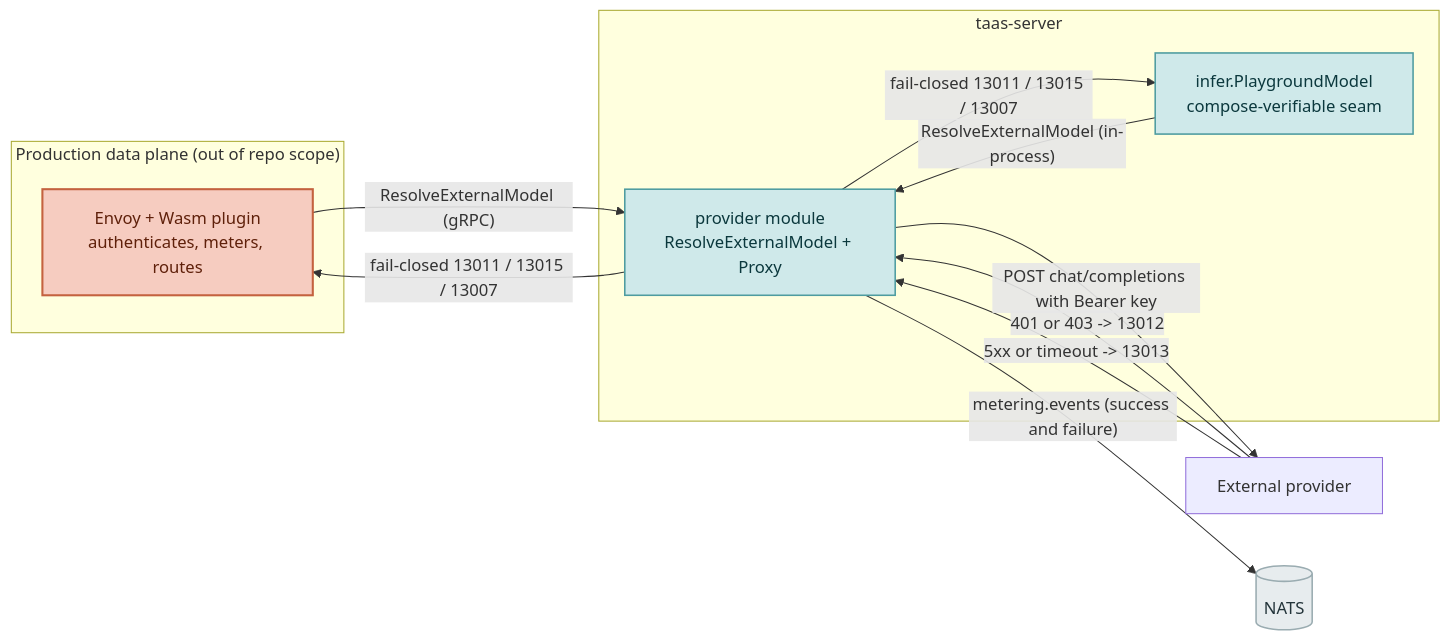
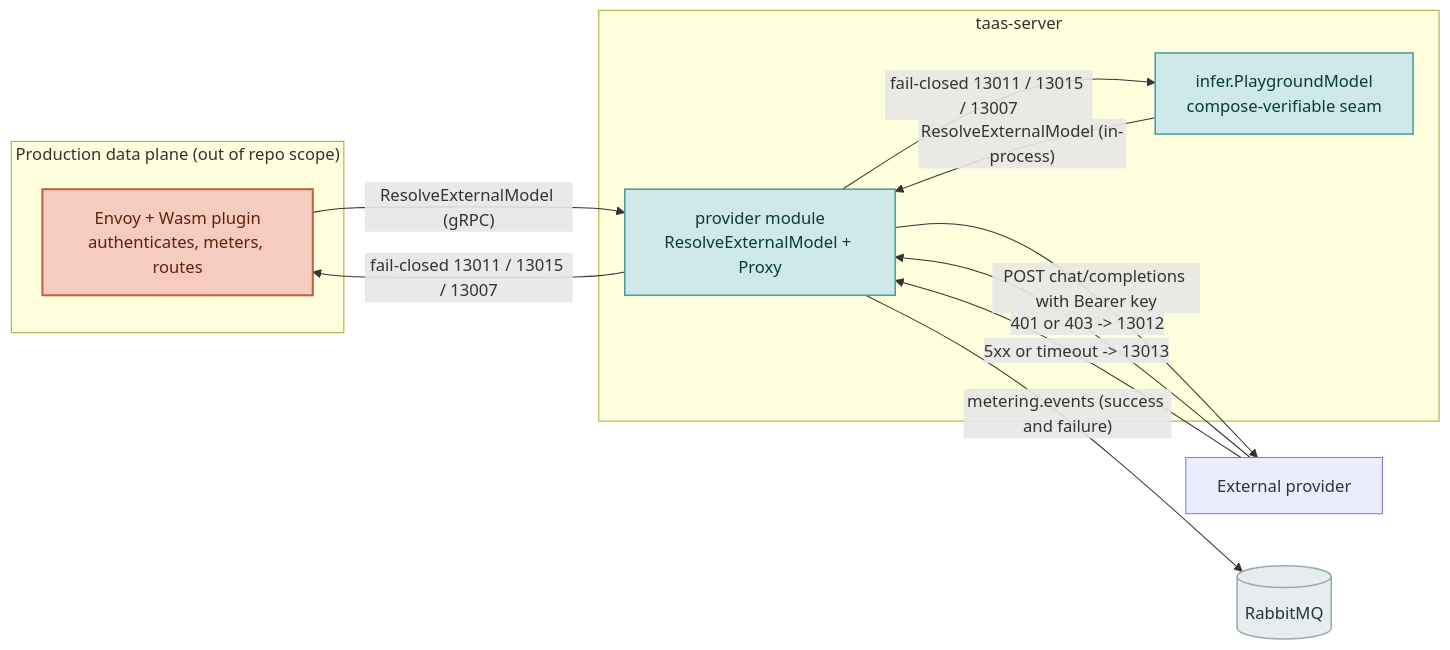
Before and after one commit to go-taas/go-taas: the second of 7 diagrams in site/docs/architecture/external-model-providers.md, drawn with Mermaid. The commit also changed other lines of this file and 35 other files, not shown here.

First line of the commit message:
docs: replace NATS with RabbitMQ across docs

````diff
--- a/site/docs/architecture/external-model-providers.md
+++ b/site/docs/architecture/external-model-providers.md
@@ -154,27 +154,27 @@
 ```mermaid
 flowchart LR
     subgraph dataplane["Production data plane (out of repo scope)"]
         WASM["Envoy + Wasm plugin<br/>authenticates, meters, routes"]
     end
     subgraph control["taas-server"]
         INF["infer.PlaygroundModel<br/>compose-verifiable seam"]
         PV["provider module<br/>ResolveExternalModel + Proxy"]
     end
     PR["External provider"]
 
     WASM -->|"ResolveExternalModel (gRPC)"| PV
     INF -->|"ResolveExternalModel (in-process)"| PV
     PV -->|"fail-closed 13011 / 13015 / 13007"| WASM
     PV -->|"fail-closed 13011 / 13015 / 13007"| INF
     PV -->|"POST chat/completions with Bearer key"| PR
     PR -->|"401 or 403 -> 13012"| PV
     PR -->|"5xx or timeout -> 13013"| PV
-    PV -->|"metering.events (success and failure)"| MQ[("NATS")]
+    PV -->|"metering.events (success and failure)"| MQ[("RabbitMQ")]
     classDef edge fill:#007F86,stroke:#00565C,stroke-width:2px,color:#FFFFFF
     classDef svc fill:#CFE9EA,stroke:#4E9CA0,stroke-width:1.5px,color:#0B383D
     classDef dpg fill:#F6CCC0,stroke:#C4623F,stroke-width:2px,color:#5F200A
     classDef store fill:#E7ECEE,stroke:#9AACB1,stroke-width:1.5px,color:#23343A
     class WASM dpg
     class PV,INF svc
     class MQ store
 ```
````
